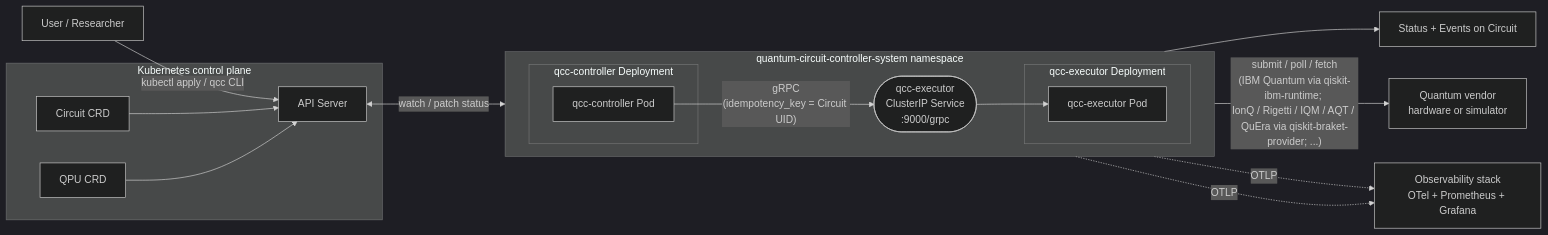
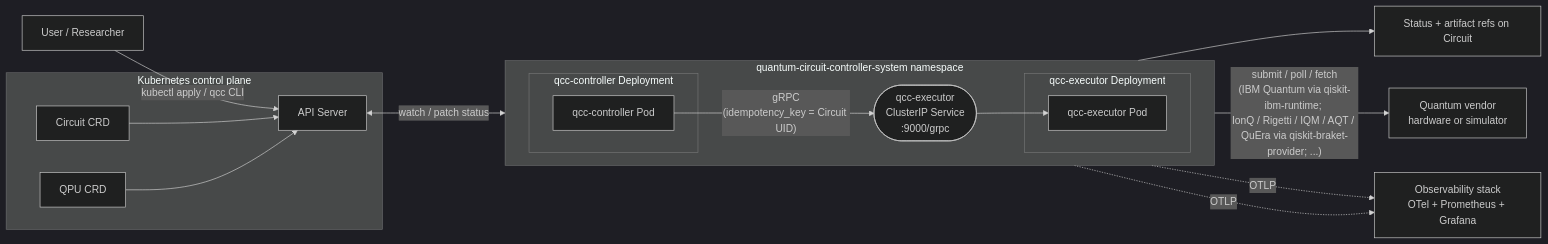
The third of 5 diagrams in docs/systems-design/QCC-System-Design.md (ioaiaaii/quantum-circuit-controller), drawn with Mermaid (dark theme) before and after one commit. The commit also changed other lines of this file and 13 other files, not shown here.

````diff
--- a/docs/systems-design/QCC-System-Design.md
+++ b/docs/systems-design/QCC-System-Design.md
@@ -164,30 +164,30 @@
 ```mermaid
 flowchart LR
     User[User / Researcher] -->|kubectl apply / qcc CLI| API[API Server]
 
     subgraph K8s["Kubernetes control plane"]
         Circuit[Circuit CRD] --> API
         QPU[QPU CRD] --> API
     end
 
     subgraph NS["quantum-circuit-controller-system namespace"]
         direction LR
         subgraph CtlDep["qcc-controller Deployment"]
             Controller[qcc-controller Pod]
         end
         ExecSvc(["qcc-executor<br/>ClusterIP Service<br/>:9000/grpc"])
         subgraph ExecDep["qcc-executor Deployment"]
             Executor[qcc-executor Pod]
         end
         Controller -->|"gRPC<br/>(idempotency_key = Circuit UID)"| ExecSvc
         ExecSvc --> Executor
     end
 
     API <-->|watch / patch status| Controller
-    Controller --> Status[Status + Events on Circuit]
+    Controller --> Status[Status + artifact refs on Circuit]
 
     Executor -->|"submit / poll / fetch<br/>(IBM Quantum via qiskit-ibm-runtime; <br/>IonQ / Rigetti / IQM / AQT / QuEra via qiskit-braket-provider; ...)"| Provider[Quantum vendor<br/>hardware or simulator]
 
     Controller -.OTLP.-> Obs[Observability stack<br/>OTel + Prometheus + Grafana]
     Executor -.OTLP.-> Obs
 ```
````
